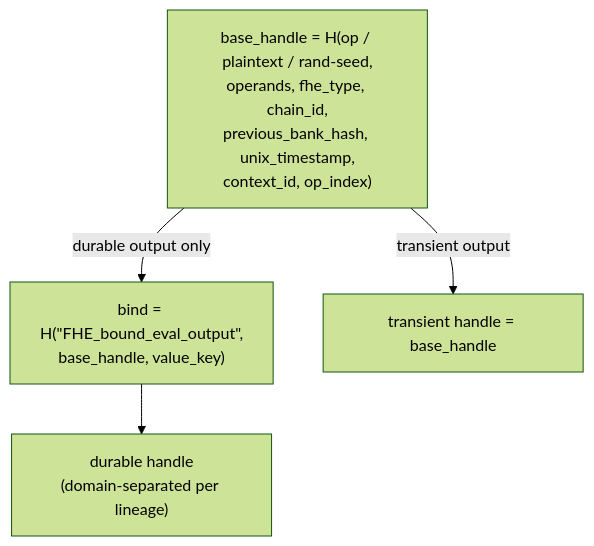
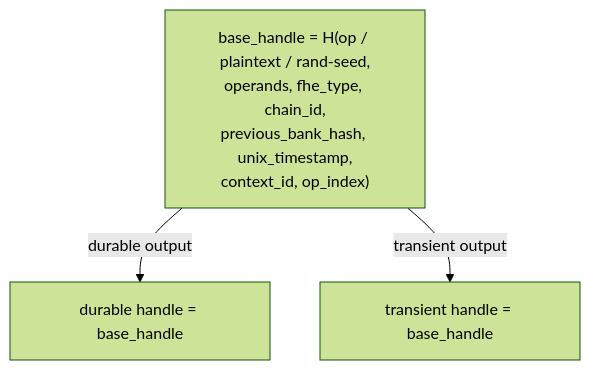
The third of 6 diagrams in solana/docs/MMR_ACL_MVP.md (zama-ai/fhevm), drawn with Mermaid (forest theme) before and after one commit. The commit also changed other lines of this file and 8 other files, not shown here.

First line of the commit message:
refactor(solana): drop the value_key handle binding — durable outputs use the base handle (matches EVM)

````diff
--- a/solana/docs/MMR_ACL_MVP.md
+++ b/solana/docs/MMR_ACL_MVP.md
@@ -116,7 +116,6 @@
 ```mermaid
 flowchart TD
     base["base_handle = H(op / plaintext / rand-seed,<br/>operands, fhe_type, chain_id,<br/>previous_bank_hash, unix_timestamp,<br/>context_id, op_index)"]
-    base -->|"durable output only"| bind["bind = H(&quot;FHE_bound_eval_output&quot;,<br/>base_handle, value_key)"]
-    bind --> dh["durable handle<br/>(domain-separated per lineage)"]
+    base -->|"durable output"| dh["durable handle = base_handle"]
     base -->|"transient output"| th["transient handle = base_handle"]
 ```
````
